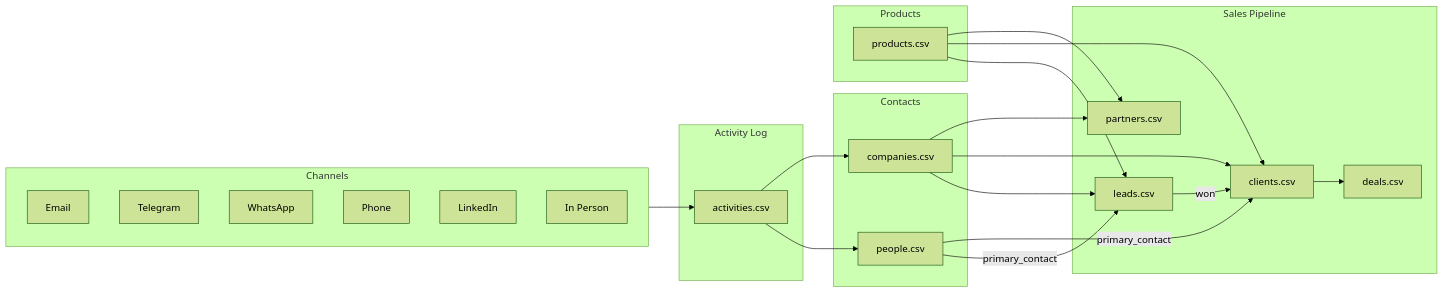
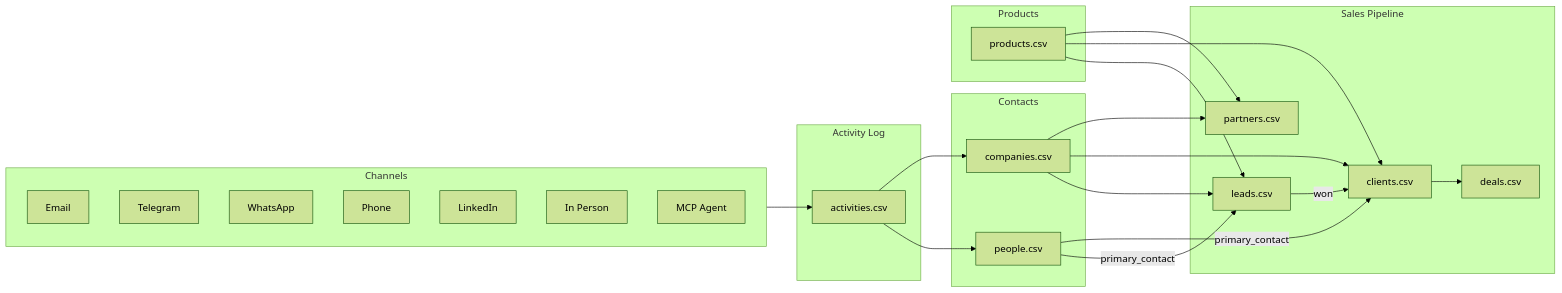
One commit to anthroos/cursor-crm changed the first of 5 diagrams in docs/CRM_FLOW_DIAGRAM.md. Above: the diagram before and after it, drawn with Mermaid (forest theme). The commit also changed other lines of this file and 5 other files, not shown here.

First line of the commit message:
Add MCP agent integration: docs, channel enum, inline skills (#5)

````diff
--- a/docs/CRM_FLOW_DIAGRAM.md
+++ b/docs/CRM_FLOW_DIAGRAM.md
@@ -5,46 +5,47 @@
 ```mermaid
 flowchart LR
     subgraph CONTACTS["Contacts"]
         C1[companies.csv]
         C2[people.csv]
     end
 
     subgraph PRODUCTS["Products"]
         P1[products.csv]
     end
 
     subgraph PIPELINE["Sales Pipeline"]
         L1[leads.csv]
         CL1[clients.csv]
         PT1[partners.csv]
         D1[deals.csv]
     end
 
     subgraph ACTIVITY["Activity Log"]
         A1[activities.csv]
     end
 
     subgraph CHANNELS["Channels"]
         CH1[Email]
         CH2[Telegram]
         CH3[WhatsApp]
         CH4[Phone]
         CH5[LinkedIn]
         CH6[In Person]
+        CH7[MCP Agent]
     end
 
     %% Relationships
     C1 --> L1
     C1 --> CL1
     C1 --> PT1
     P1 --> L1
     P1 --> CL1
     P1 --> PT1
     C2 -->|primary_contact| L1
     C2 -->|primary_contact| CL1
     CL1 --> D1
     L1 -->|won| CL1
     CHANNELS --> A1
     A1 --> C2
     A1 --> C1
 ```
````
